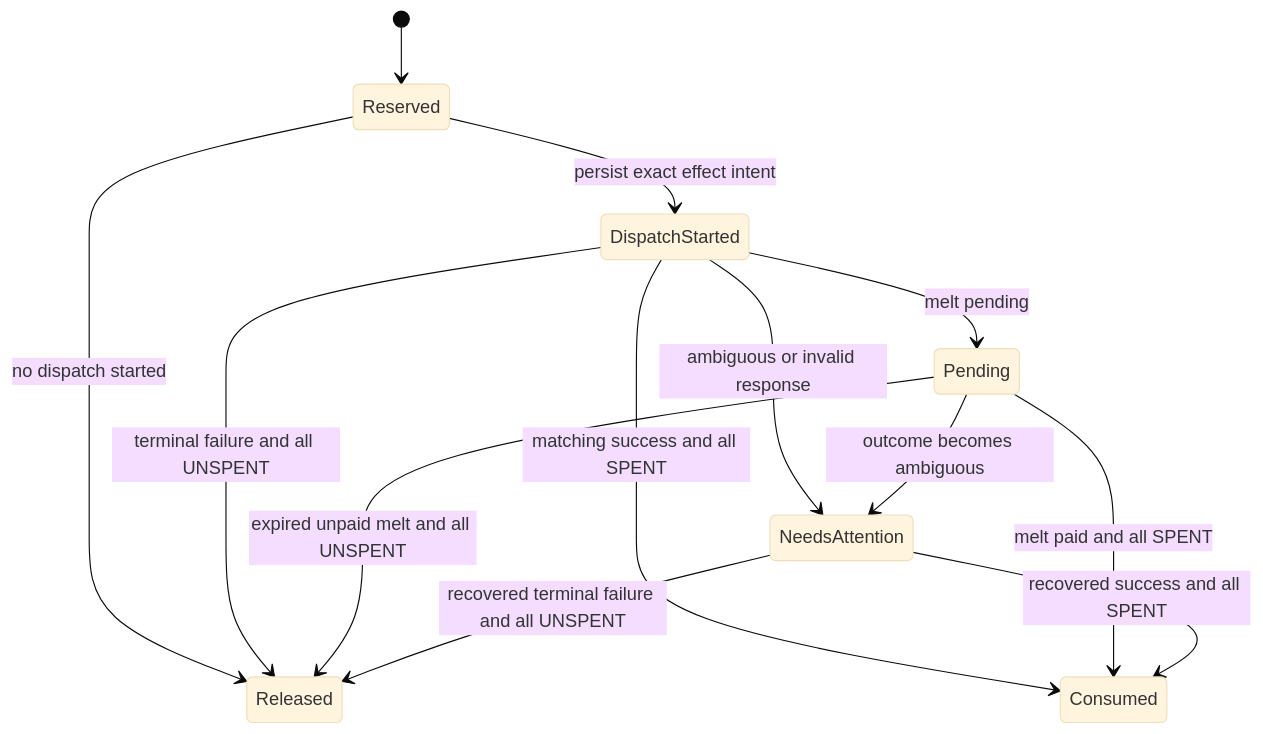
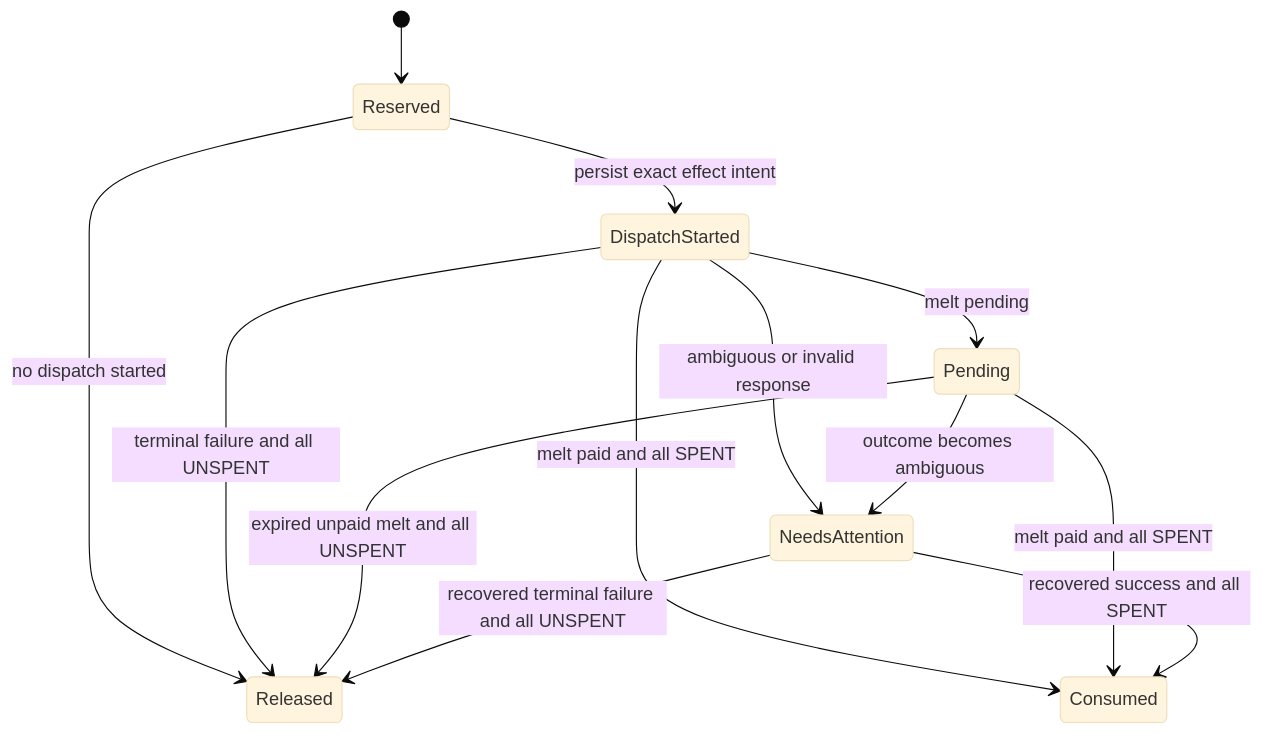
Before and after one commit to truthixify/cashmesh: the third of 3 diagrams in docs/architecture.md, drawn with Mermaid (base theme). The commit also changed other lines of this file and 25 other files, not shown here.

````diff
--- a/docs/architecture.md
+++ b/docs/architecture.md
@@ -139,15 +144,15 @@
 ```mermaid
 stateDiagram-v2
     [*] --> Reserved
     Reserved --> Released: no dispatch started
     Reserved --> DispatchStarted: persist exact effect intent
     DispatchStarted --> Pending: melt pending
     DispatchStarted --> NeedsAttention: ambiguous or invalid response
     Pending --> NeedsAttention: outcome becomes ambiguous
-    DispatchStarted --> Consumed: matching success and all SPENT
+    DispatchStarted --> Consumed: melt paid and all SPENT
     Pending --> Consumed: melt paid and all SPENT
     NeedsAttention --> Consumed: recovered success and all SPENT
     DispatchStarted --> Released: terminal failure and all UNSPENT
     Pending --> Released: expired unpaid melt and all UNSPENT
     NeedsAttention --> Released: recovered terminal failure and all UNSPENT
 ```
````
